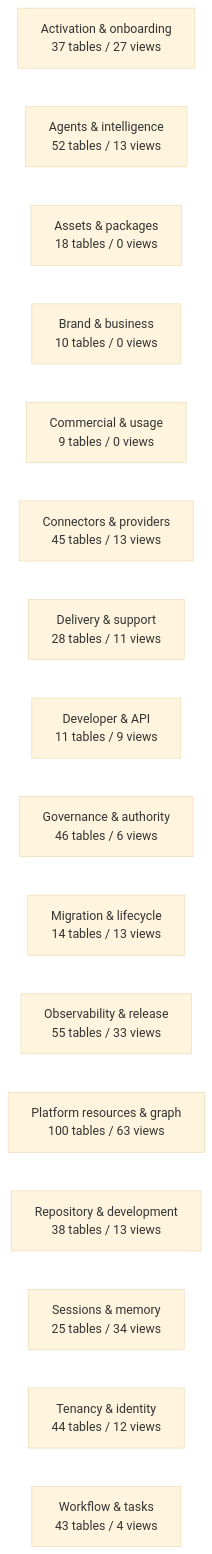
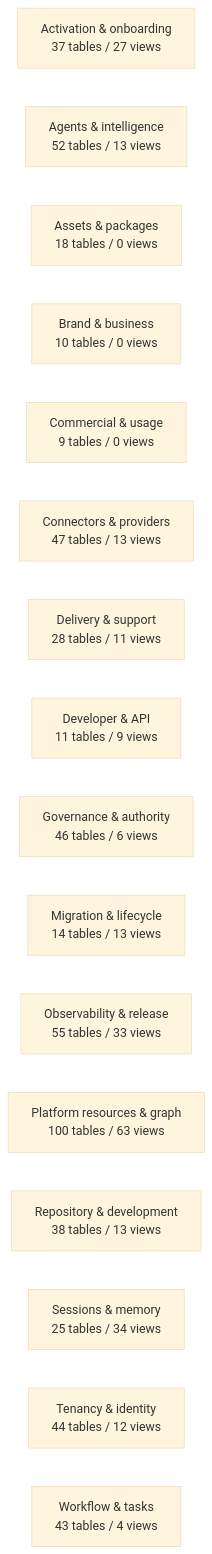
Before and after one commit to mad4bdigital-ai/multi-business-multi-role-growth-intelligence-os: the diagram in docs/work-maps/data-model-domain-map.md, drawn with Mermaid (base theme). The commit also changed other lines of this file and 19 other files, not shown here.

````diff
--- a/docs/work-maps/data-model-domain-map.md
+++ b/docs/work-maps/data-model-domain-map.md
@@ -9,19 +9,19 @@
 ```mermaid
 flowchart LR
   n_Activation___onboarding["Activation & onboarding<br/>37 tables / 27 views"]
   n_Agents___intelligence["Agents & intelligence<br/>52 tables / 13 views"]
   n_Assets___packages["Assets & packages<br/>18 tables / 0 views"]
   n_Brand___business["Brand & business<br/>10 tables / 0 views"]
   n_Commercial___usage["Commercial & usage<br/>9 tables / 0 views"]
-  n_Connectors___providers["Connectors & providers<br/>45 tables / 13 views"]
+  n_Connectors___providers["Connectors & providers<br/>47 tables / 13 views"]
   n_Delivery___support["Delivery & support<br/>28 tables / 11 views"]
   n_Developer___API["Developer & API<br/>11 tables / 9 views"]
   n_Governance___authority["Governance & authority<br/>46 tables / 6 views"]
   n_Migration___lifecycle["Migration & lifecycle<br/>14 tables / 13 views"]
   n_Observability___release["Observability & release<br/>55 tables / 33 views"]
   n_Platform_resources___graph["Platform resources & graph<br/>100 tables / 63 views"]
   n_Repository___development["Repository & development<br/>38 tables / 13 views"]
   n_Sessions___memory["Sessions & memory<br/>25 tables / 34 views"]
   n_Tenancy___identity["Tenancy & identity<br/>44 tables / 12 views"]
   n_Workflow___tasks["Workflow & tasks<br/>43 tables / 4 views"]
 ```
````
